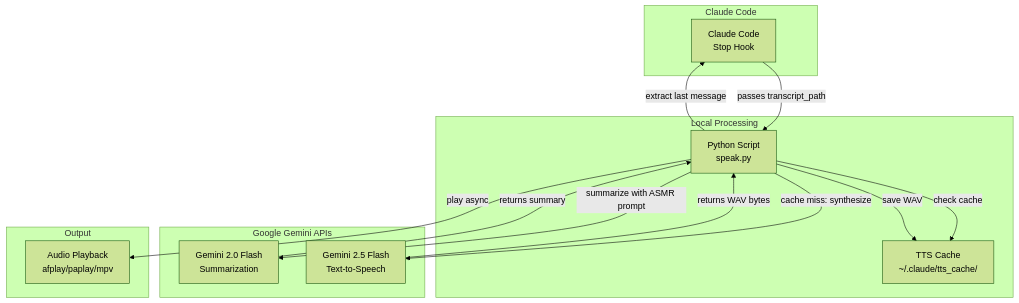
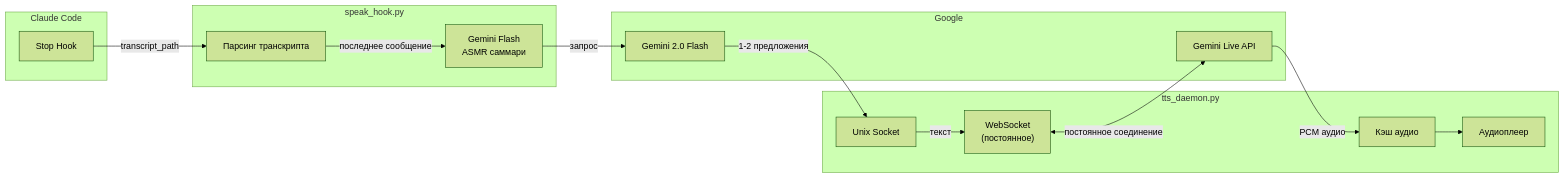
Before and after one commit to serejaris/claude-code-tts: the diagram in README_RU.md, drawn with Mermaid (forest theme). The commit also changed other lines of this file and 3 other files, not shown here.

First line of the commit message:
feat: add low-latency daemon with Gemini Live API WebSocket

````diff
--- a/README_RU.md
+++ b/README_RU.md
@@ -9,30 +9,32 @@
 ```mermaid
-flowchart TB
+flowchart LR
     subgraph "Claude Code"
-        CC["Claude Code<br/>Stop Hook"]
+        Hook["Stop Hook"]
     end
 
-    subgraph "Local Processing"
-        Python["Python Script<br/>speak.py"]
-        Cache["TTS Cache<br/>~/.claude/tts_cache/"]
+    subgraph "speak_hook.py"
+        Parse["Парсинг транскрипта"]
+        Summary["Gemini Flash<br/>ASMR саммари"]
     end
 
-    subgraph "Google Gemini APIs"
-        Flash["Gemini 2.0 Flash<br/>Summarization"]
-        TTS["Gemini 2.5 Flash<br/>Text-to-Speech"]
+    subgraph "tts_daemon.py"
+        Socket["Unix Socket"]
+        WS["WebSocket<br/>(постоянное)"]
+        Cache["Кэш аудио"]
+        Player["Аудиоплеер"]
     end
 
-    subgraph "Output"
-        Audio["Audio Playback<br/>afplay/paplay/mpv"]
+    subgraph "Google"
+        Flash["Gemini 2.0 Flash"]
+        Live["Gemini Live API"]
     end
 
-    CC -->|passes transcript_path| Python
-    Python -->|extract last message| CC
-    Python -->|summarize with ASMR prompt| Flash
-    Flash -->|returns summary| Python
-    Python -->|check cache| Cache
-    Python -->|cache miss: synthesize| TTS
-    TTS -->|returns WAV bytes| Python
-    Python -->|save WAV| Cache
-    Python -->|play async| Audio
+    Hook -->|transcript_path| Parse
+    Parse -->|последнее сообщение| Summary
+    Summary -->|запрос| Flash
+    Flash -->|1-2 предложения| Socket
+    Socket -->|текст| WS
+    WS <-->|постоянное соединение| Live
+    Live -->|PCM аудио| Cache
+    Cache --> Player
 ```
````
